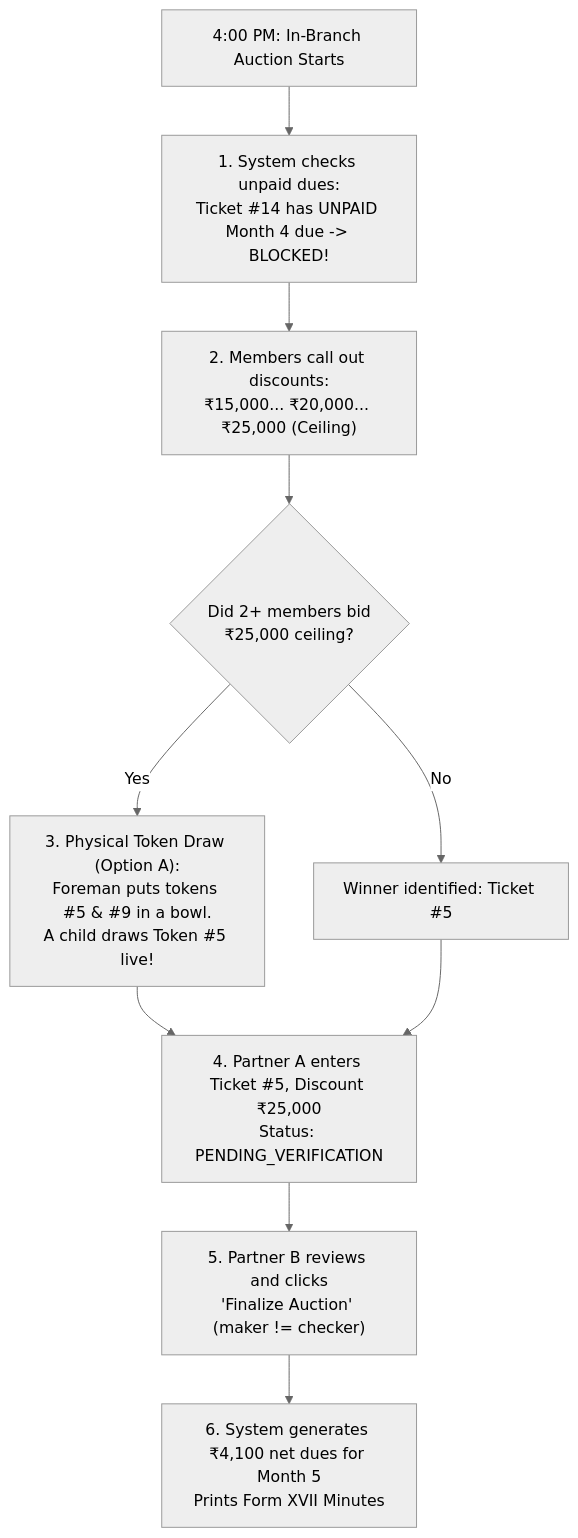
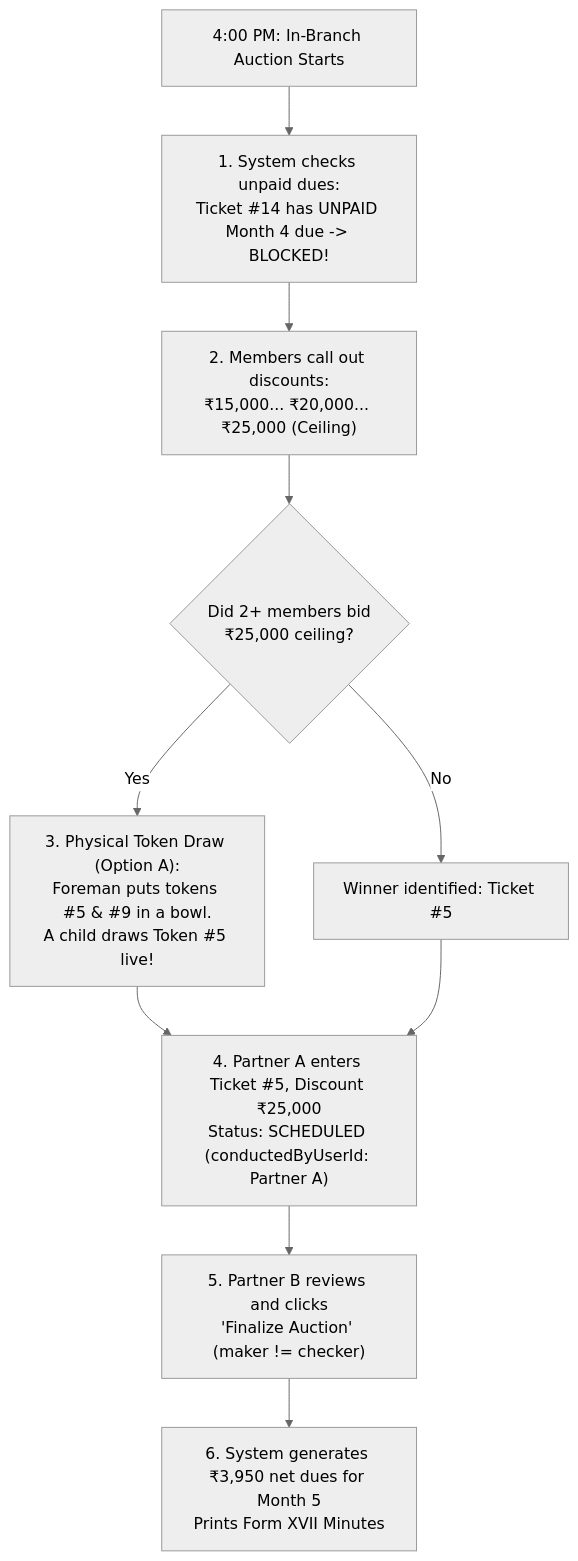
The third of 4 diagrams in docs/02-requirements/educational-guides/persona-1-super-admin.md (Kathir-24/Kumaran-finance), drawn with Mermaid (neutral theme) before and after one commit. The commit also changed other lines of this file and 4 other files, not shown here.

````diff
--- a/docs/02-requirements/educational-guides/persona-1-super-admin.md
+++ b/docs/02-requirements/educational-guides/persona-1-super-admin.md
@@ -197,12 +199,12 @@
 ```mermaid
 flowchart TD
     Start["4:00 PM: In-Branch Auction Starts"] --> Eligibility["1. System checks unpaid dues:\nTicket #14 has UNPAID Month 4 due -> BLOCKED!"]
     Eligibility --> Bidding["2. Members call out discounts:\n₹15,000... ₹20,000... ₹25,000 (Ceiling)"]
     Bidding --> CheckTie{"Did 2+ members bid\n₹25,000 ceiling?"}
     CheckTie -- Yes --> Draw["3. Physical Token Draw (Option A):\nForeman puts tokens #5 & #9 in a bowl.\nA child draws Token #5 live!"]
     CheckTie -- No --> SingleWinner["Winner identified: Ticket #5"]
-    Draw --> Record["4. Partner A enters Ticket #5, Discount ₹25,000\nStatus: PENDING_VERIFICATION"]
+    Draw --> Record["4. Partner A enters Ticket #5, Discount ₹25,000\nStatus: SCHEDULED (conductedByUserId: Partner A)"]
     SingleWinner --> Record
     Record --> Approve["5. Partner B reviews and clicks\n'Finalize Auction' (maker != checker)"]
-    Approve --> Finish["6. System generates ₹4,100 net dues for Month 5\nPrints Form XVII Minutes"]
+    Approve --> Finish["6. System generates ₹3,950 net dues for Month 5\nPrints Form XVII Minutes"]
 ```
````
